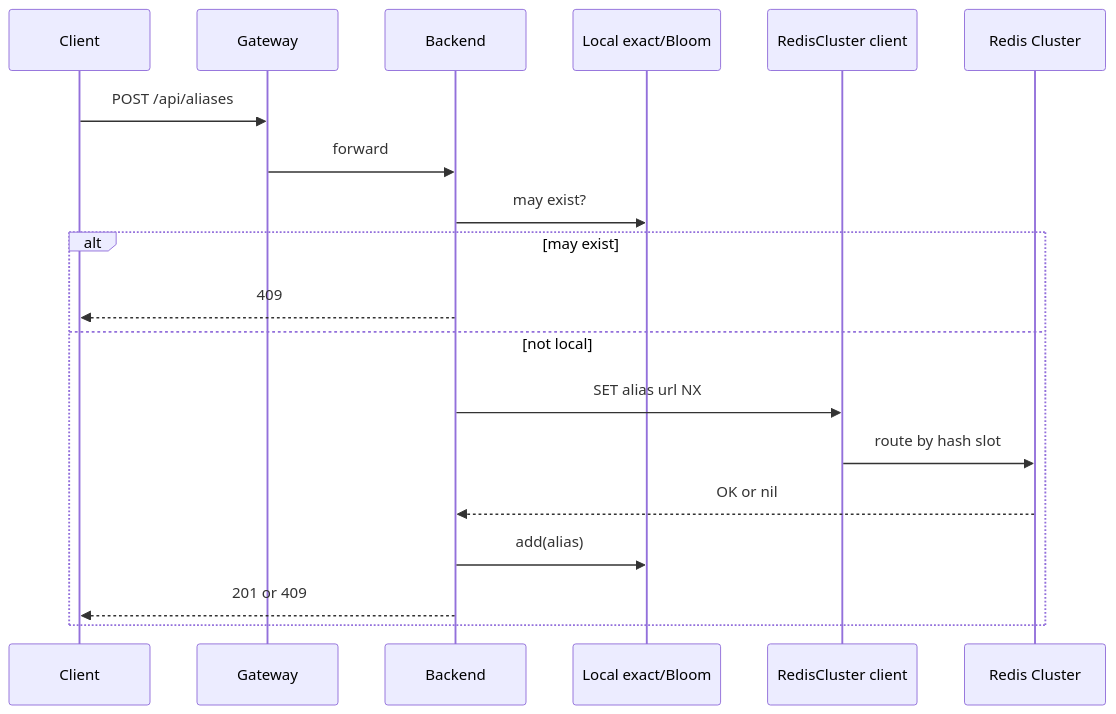
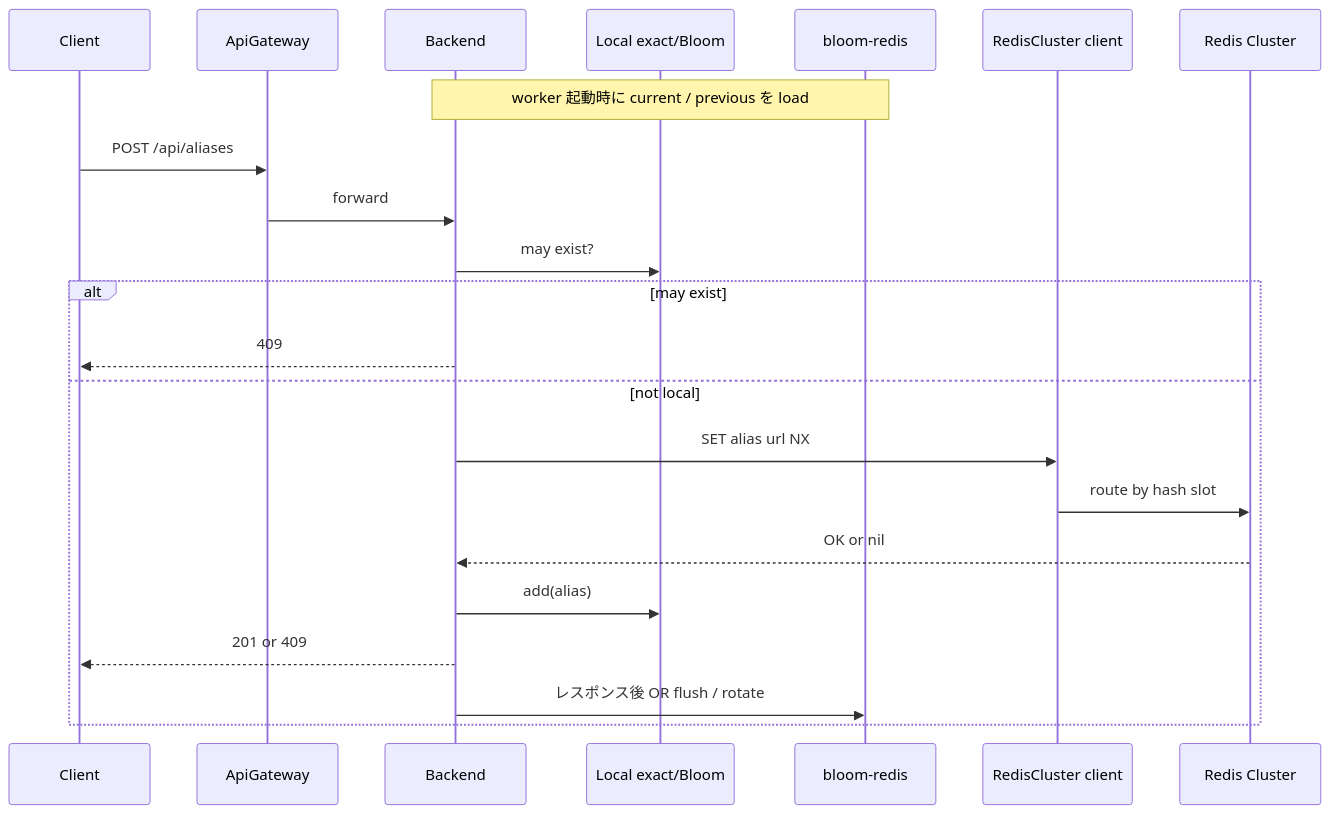
The third of 5 diagrams in variants/distributed/README.md (sumiredc/alias-url), drawn with Mermaid before and after one commit. The commit also changed other lines of this file and 42 other files, not shown here.

````diff
--- a/variants/distributed/README.md
+++ b/variants/distributed/README.md
@@ -47,22 +49,25 @@
 ```mermaid
 sequenceDiagram
     participant Client
-    participant Gateway
+    participant ApiGateway
     participant Backend
     participant Filter as Local exact/Bloom
+    participant BloomRedis as bloom-redis
     participant Cluster as RedisCluster client
     participant Redis as Redis Cluster
 
-    Client->>Gateway: POST /api/aliases
-    Gateway->>Backend: forward
+    Note over Backend,BloomRedis: worker 起動時に current / previous を load
+    Client->>ApiGateway: POST /api/aliases
+    ApiGateway->>Backend: forward
     Backend->>Filter: may exist?
     alt may exist
         Backend-->>Client: 409
     else not local
         Backend->>Cluster: SET alias url NX
         Cluster->>Redis: route by hash slot
         Redis-->>Backend: OK or nil
         Backend->>Filter: add(alias)
         Backend-->>Client: 201 or 409
+        Backend->>BloomRedis: レスポンス後 OR flush / rotate
     end
 ```
````
